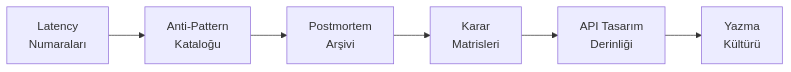
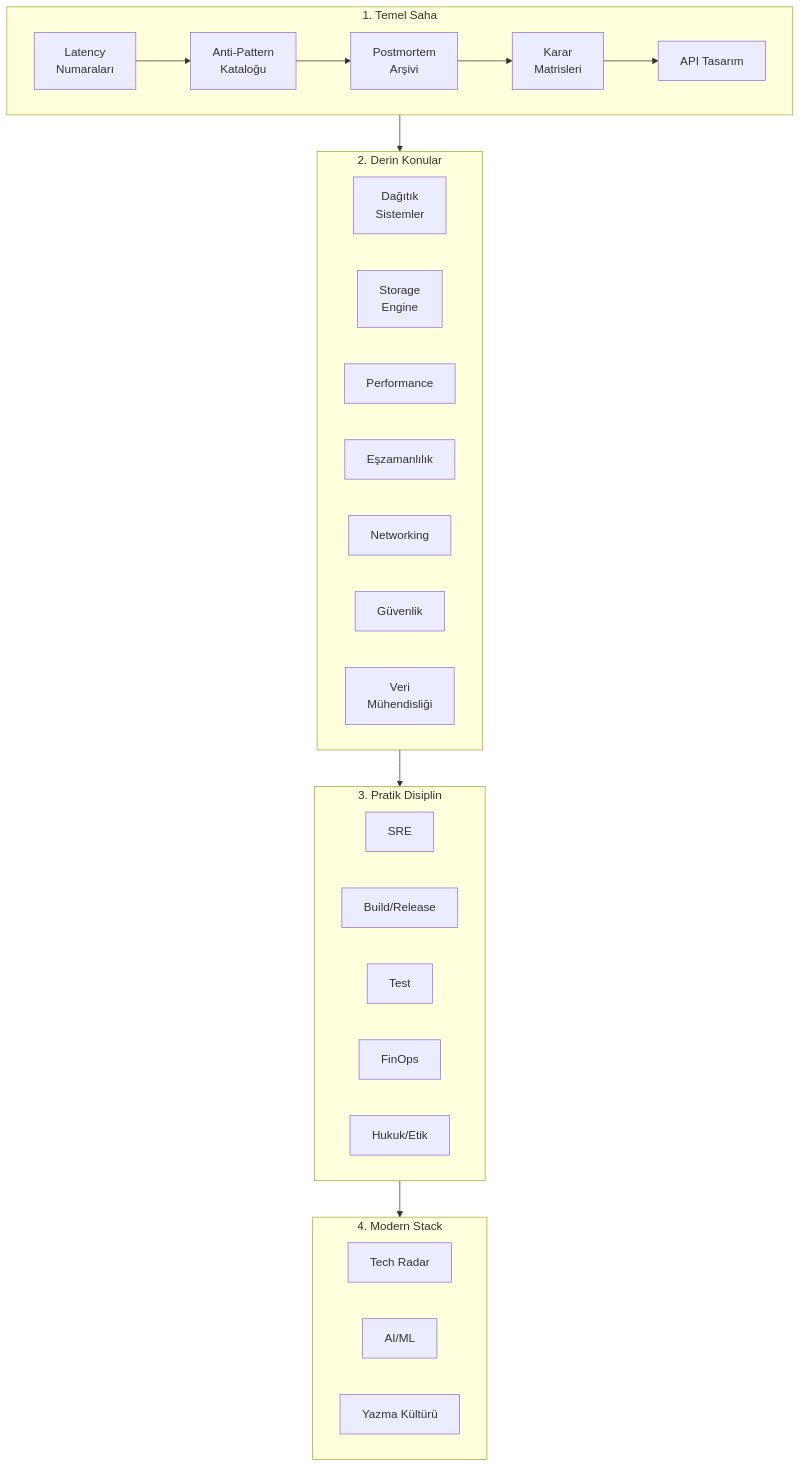
The diagram in pratik/README.md (hulusionel/software-engineering-handbook-tr), drawn with Mermaid before and after one commit. The commit also changed other lines of this file and 51 other files, not shown here.

````diff
--- a/pratik/README.md
+++ b/pratik/README.md
@@ -22,8 +62,35 @@
 ```mermaid
-flowchart LR
-  A[Latency<br/>Numaraları] --> B[Anti-Pattern<br/>Kataloğu]
-  B --> C[Postmortem<br/>Arşivi]
-  C --> D[Karar<br/>Matrisleri]
-  D --> E[API Tasarım<br/>Derinliği]
-  E --> F[Yazma<br/>Kültürü]
+flowchart TB
+  subgraph Foundations[1. Temel Saha]
+    A[Latency<br/>Numaraları] --> B[Anti-Pattern<br/>Kataloğu]
+    B --> C[Postmortem<br/>Arşivi]
+    C --> D[Karar<br/>Matrisleri]
+    D --> S[API Tasarım]
+  end
+
+  subgraph Deep[2. Derin Konular]
+    E[Dağıtık<br/>Sistemler]
+    F[Storage<br/>Engine]
+    G[Performance]
+    H[Eşzamanlılık]
+    I[Networking]
+    J[Güvenlik]
+    K[Veri<br/>Mühendisliği]
+  end
+
+  subgraph Practice[3. Pratik Disiplin]
+    L[SRE]
+    M[Build/Release]
+    N[Test]
+    O[FinOps]
+    P[Hukuk/Etik]
+  end
+
+  subgraph Modern[4. Modern Stack]
+    Q[Tech Radar]
+    R[AI/ML]
+    T[Yazma Kültürü]
+  end
+
+  Foundations --> Deep --> Practice --> Modern
 ```
````
